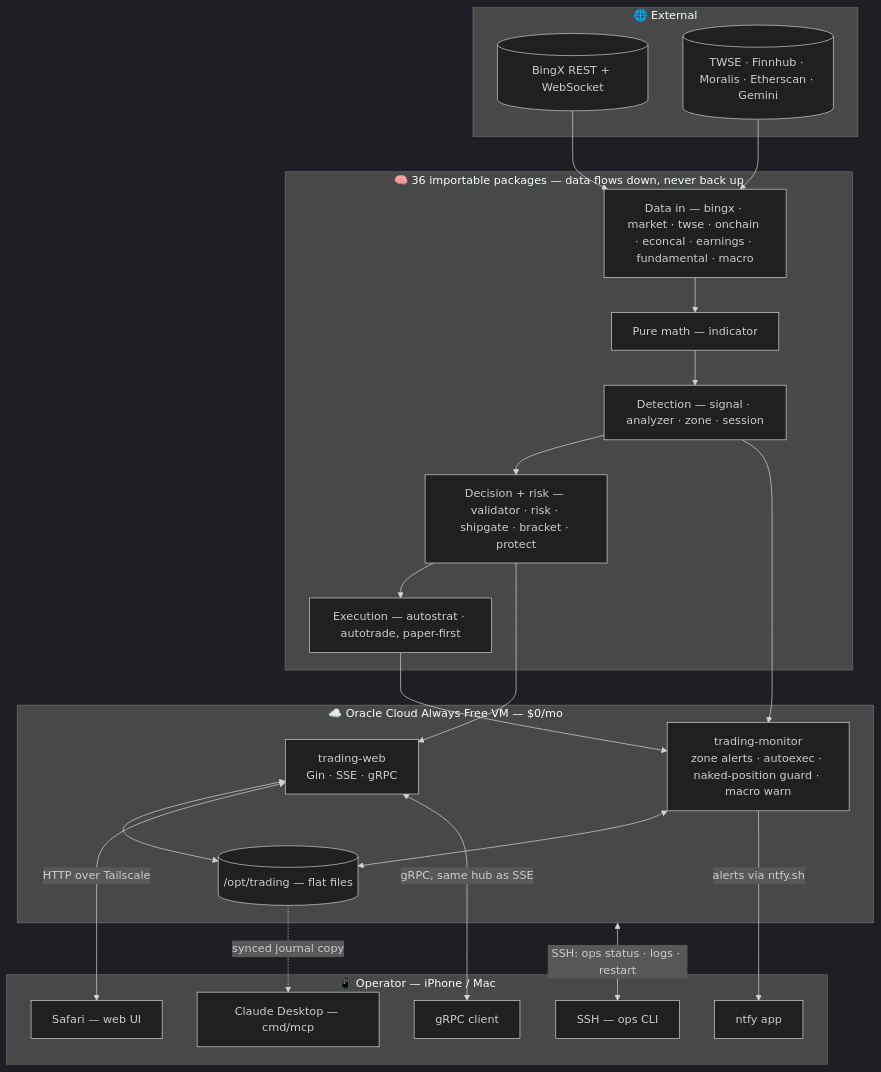
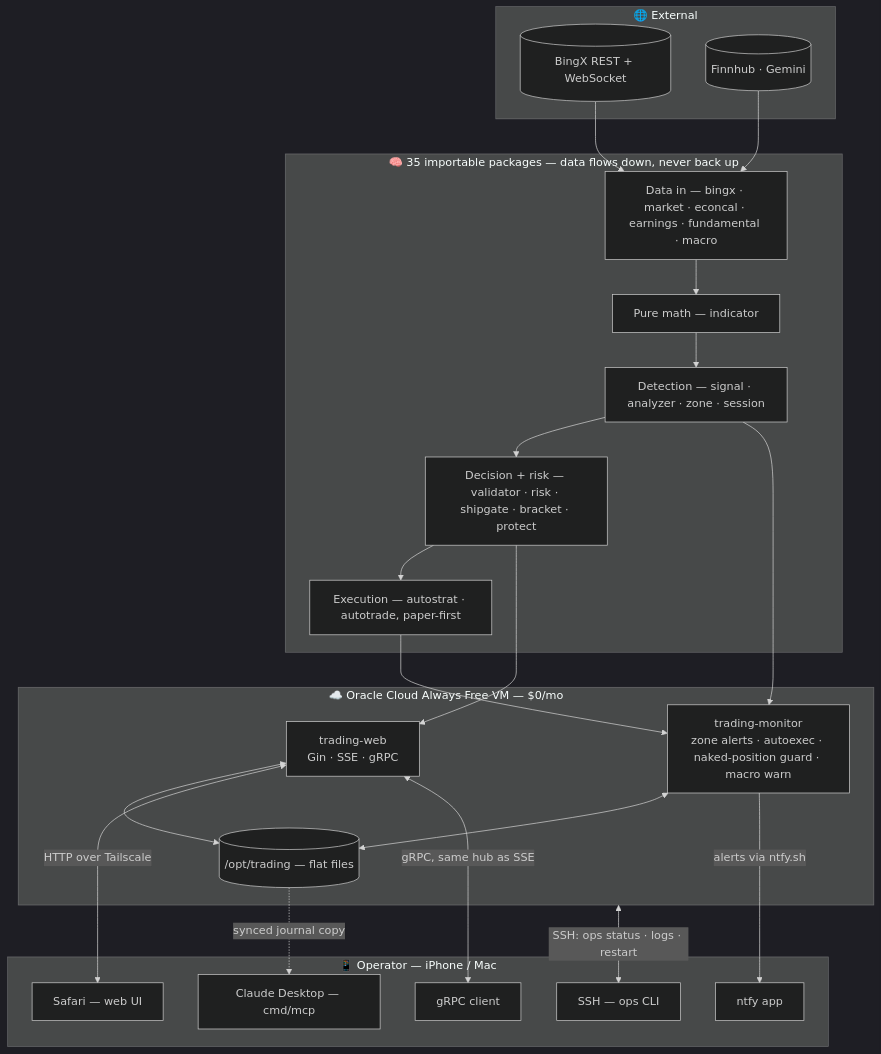
One commit to henry190927/trading-bot changed the first of 4 diagrams in README.md. Above: the diagram before and after it, drawn with Mermaid (dark theme). The commit also changed other lines of this file and 23 other files, not shown here.

````diff
--- a/README.md
+++ b/README.md
@@ -31,43 +31,43 @@
 ```mermaid
 flowchart TB
     subgraph External["🌐 External"]
         bx[(BingX REST + WebSocket)]
-        others[(TWSE · Finnhub · Moralis · Etherscan · Gemini)]
+        others[(Finnhub · Gemini)]
     end
 
-    subgraph Core["🧠 36 importable packages — data flows down, never back up"]
-        datain["Data in — bingx · market · twse · onchain · econcal · earnings · fundamental · macro"]
+    subgraph Core["🧠 35 importable packages — data flows down, never back up"]
+        datain["Data in — bingx · market · econcal · earnings · fundamental · macro"]
         math["Pure math — indicator"]
         detect["Detection — signal · analyzer · zone · session"]
         decide["Decision + risk — validator · risk · shipgate · bracket · protect"]
         exec["Execution — autostrat · autotrade, paper-first"]
         datain --> math --> detect --> decide --> exec
     end
 
     subgraph VPS["☁️ Oracle Cloud Always Free VM — $0/mo"]
         web["trading-web<br/>Gin · SSE · gRPC"]
         monitor["trading-monitor<br/>zone alerts · autoexec · naked-position guard · macro warn"]
         store[("/opt/trading — flat files")]
     end
 
     subgraph Edge["📱 Operator — iPhone / Mac"]
         push["ntfy app"]
         safari["Safari — web UI"]
         sshc["SSH — ops CLI"]
         grpcc["gRPC client"]
         claude["Claude Desktop — cmd/mcp"]
     end
 
     bx --> datain
     others --> datain
     detect --> monitor
     exec --> monitor
     decide --> web
     web <--> store
     monitor <--> store
     monitor -->|"alerts via ntfy.sh"| push
     web <-->|HTTP over Tailscale| safari
     web <-->|"gRPC, same hub as SSE"| grpcc
     VPS <-->|"SSH: ops status · logs · restart"| sshc
     store -.->|synced journal copy| claude
 ```
````
